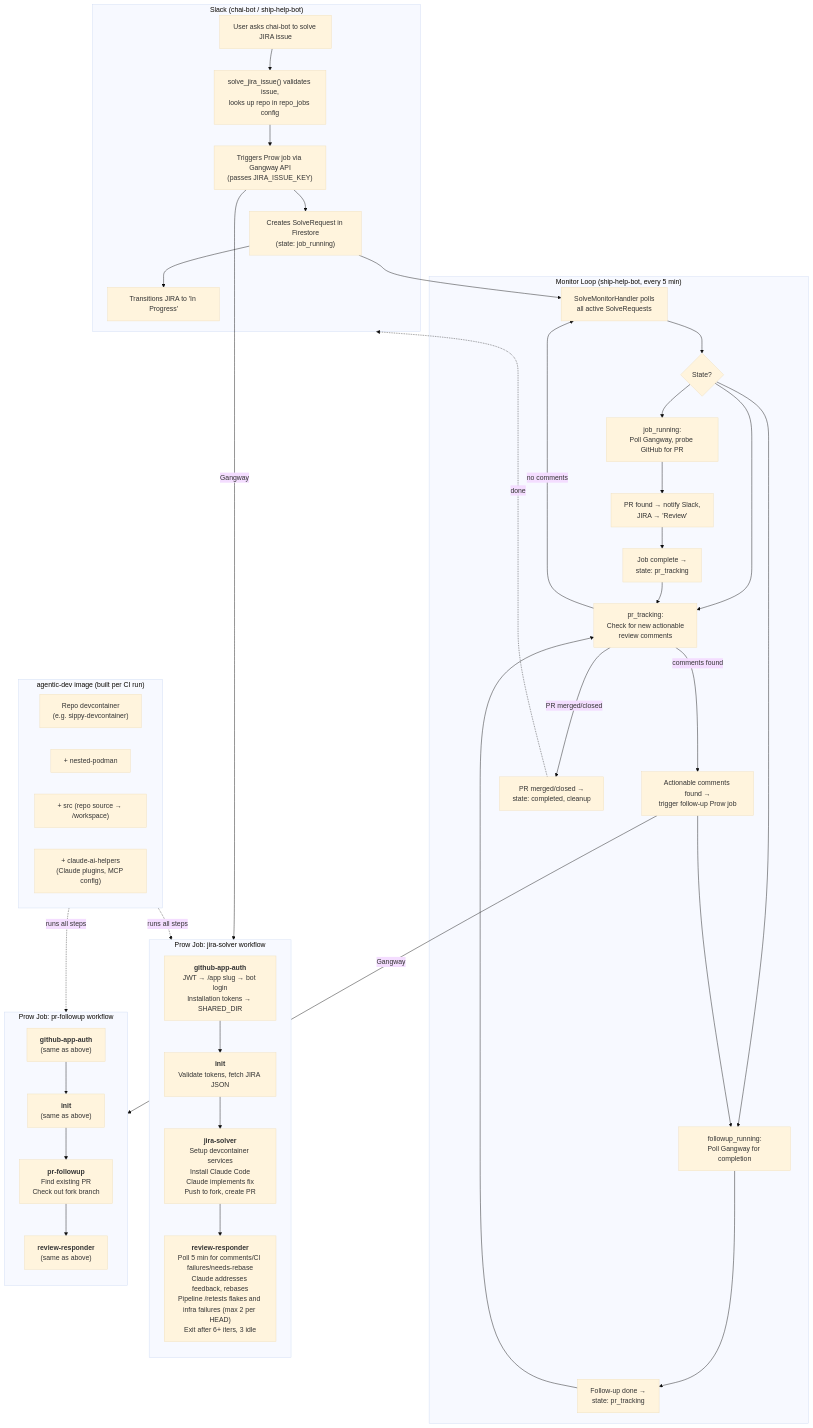
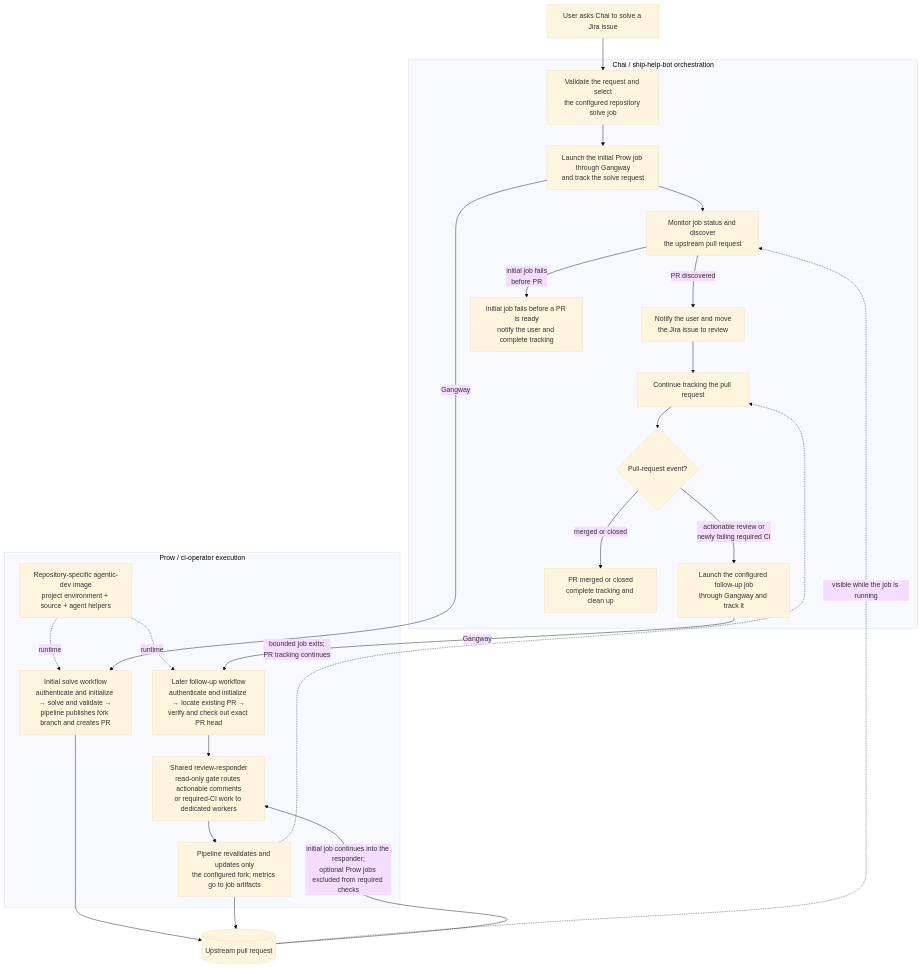
Before and after one commit to openshift/release: the diagram in ci-operator/step-registry/openshift/agentic/trt/ARCHITECTURE.md, drawn with Mermaid (base theme). The commit also changed other lines of this file, not shown here.

First line of the commit message:
NO-JIRA: refresh TRT agentic workflow architecture overview (#88850)

````diff
--- a/ci-operator/step-registry/openshift/agentic/trt/ARCHITECTURE.md
+++ b/ci-operator/step-registry/openshift/agentic/trt/ARCHITECTURE.md
@@ -7,69 +11,46 @@
 ```mermaid
 flowchart TD
-    subgraph slack["Slack (chai-bot / ship-help-bot)"]
-        A[User asks chai-bot to solve JIRA issue]
-        B["solve_jira_issue() validates issue,<br/>looks up repo in repo_jobs config"]
-        C["Triggers Prow job via Gangway API<br/>(passes JIRA_ISSUE_KEY)"]
-        D["Creates SolveRequest in Firestore<br/>(state: job_running)"]
-        E["Transitions JIRA to 'In Progress'"]
+    U["User asks Chai to solve a Jira issue"]
+
+    subgraph Chai["Chai / ship-help-bot orchestration"]
+        A["Validate the request and select<br/>the configured repository solve job"]
+        B["Launch the initial Prow job through Gangway<br/>and track the solve request"]
+        T["Monitor job status and discover<br/>the upstream pull request"]
+        N["Notify the user and move<br/>the Jira issue to review"]
+        W["Continue tracking the pull request"]
+        Q{"Pull-request event?"}
+        F["Launch the configured follow-up job<br/>through Gangway and track it"]
+        X["Initial job fails before a PR is ready<br/>notify the user and complete tracking"]
+        Z["PR merged or closed<br/>complete tracking and clean up"]
+
+        A --> B --> T
+        T -->|"PR discovered"| N --> W --> Q
+        T -->|"initial job fails<br/>before PR"| X
+        Q -->|"merged or closed"| Z
+        Q -->|"actionable review or<br/>newly failing required CI"| F
     end
 
-    subgraph monitor["Monitor Loop (ship-help-bot, every 5 min)"]
-        M1["SolveMonitorHandler polls<br/>all active SolveRequests"]
-        M2{"State?"}
-        M3["job_running:<br/>Poll Gangway, probe GitHub for PR"]
-        M4["PR found → notify Slack,<br/>JIRA → 'Review'"]
-        M5["Job complete →<br/>state: pr_tracking"]
-        M6["pr_tracking:<br/>Check for new actionable<br/>review comments"]
-        M7["Actionable comments found →<br/>trigger follow-up Prow job"]
-        M8["followup_running:<br/>Poll Gangway for completion"]
-        M9["Follow-up done →<br/>state: pr_tracking"]
-        M10["PR merged/closed →<br/>state: completed, cleanup"]
+    subgraph Prow["Prow / ci-operator execution"]
+        IMG["Repository-specific agentic-dev image<br/>project environment + source + agent helpers"]
+        I["Initial solve workflow<br/>authenticate and initialize → solve and validate →<br/>pipeline publishes fork branch and creates PR"]
+        L["Later follow-up workflow<br/>authenticate and initialize → locate existing PR →<br/>verify and check out exact PR head"]
+        G["Shared review-responder<br/>read-only gate routes actionable comments<br/>or required-CI work to dedicated workers"]
+        P["Pipeline revalidates and updates only<br/>the configured fork; metrics go to job artifacts"]
+
+        IMG -.->|"runtime"| I
+        IMG -.->|"runtime"| L
+        L --> G
+        G --> P
     end
 
-    subgraph solve_job["Prow Job: jira-solver workflow"]
-        direction TB
-        S1["<b>github-app-auth</b><br/>JWT → /app slug → bot login<br/>Installation tokens → SHARED_DIR"]
-        S2["<b>init</b><br/>Validate tokens, fetch JIRA JSON"]
-        S3["<b>jira-solver</b><br/>Setup devcontainer services<br/>Install Claude Code<br/>Claude implements fix<br/>Push to fork, create PR"]
-        S4["<b>review-responder</b><br/>Poll 5 min for comments/CI failures/needs-rebase<br/>Claude addresses feedback, rebases<br/>Pipeline /retests flakes and infra failures (max 2 per HEAD)<br/>Exit after 6+ iters, 3 idle"]
-        S1 --> S2 --> S3 --> S4
-    end
+    PR[("Upstream pull request")]
 
-    subgraph followup_job["Prow Job: pr-followup workflow"]
-        direction TB
-        F1["<b>github-app-auth</b><br/>(same as above)"]
-        F2["<b>init</b><br/>(same as above)"]
-        F3["<b>pr-followup</b><br/>Find existing PR<br/>Check out fork branch"]
-        F4["<b>review-responder</b><br/>(same as above)"]
-        F1 --> F2 --> F3 --> F4
-    end
-
-    subgraph image["agentic-dev image (built per CI run)"]
-        I1["Repo devcontainer<br/>(e.g. sippy-devcontainer)"]
-        I2["+ nested-podman"]
-        I3["+ src (repo source → /workspace)"]
-        I4["+ claude-ai-helpers<br/>(Claude plugins, MCP config)"]
-    end
-
-    A --> B --> C --> D --> E
-    C -->|"Gangway"| solve_job
-    D --> M1
-    M1 --> M2
-    M2 --> M3
-    M2 --> M6
-    M2 --> M8
-    M3 --> M4 --> M5
-    M5 --> M6
-    M6 -->|"no comments"| M1
-    M6 -->|"comments found"| M7
-    M6 -->|"PR merged/closed"| M10
-    M7 -->|"Gangway"| followup_job
-    M7 --> M8
-    M8 --> M9
-    M9 --> M6
-    M10 -.->|"done"| slack
-
-    image -.->|"runs all steps"| solve_job
-    image -.->|"runs all steps"| followup_job
+    U --> A
+    B -->|"Gangway"| I
+    I --> PR
+    PR -.->|"visible while the job is running"| T
+    F -->|"Gangway"| L
+    P --> PR
+    PR -->|"initial job continues into the responder;<br/>optional Prow jobs excluded from required checks"| G
+    P -.->|"bounded job exits;<br/>PR tracking continues"| W
 ```
````
